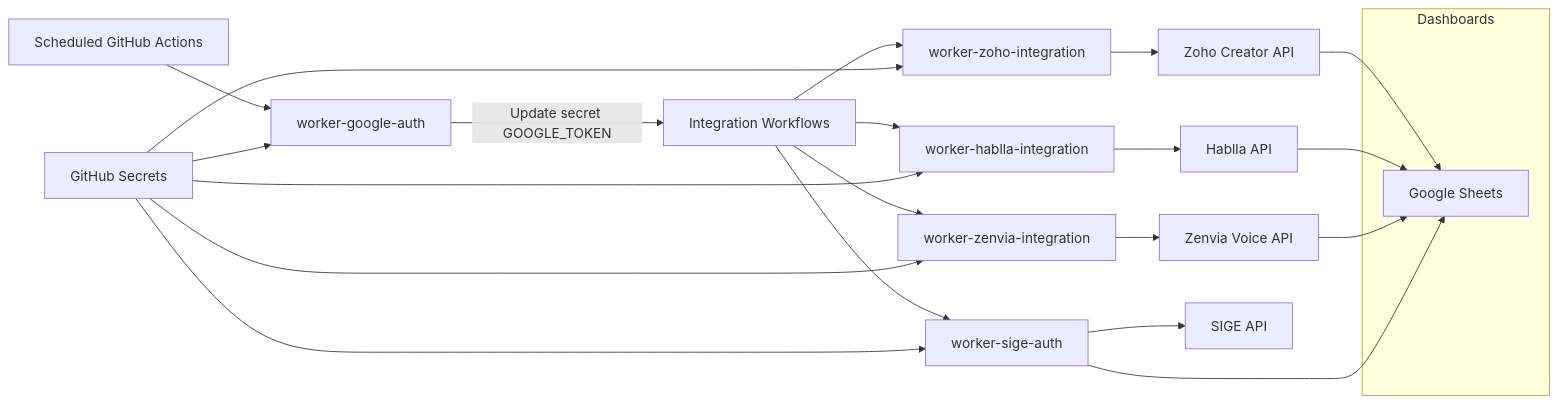
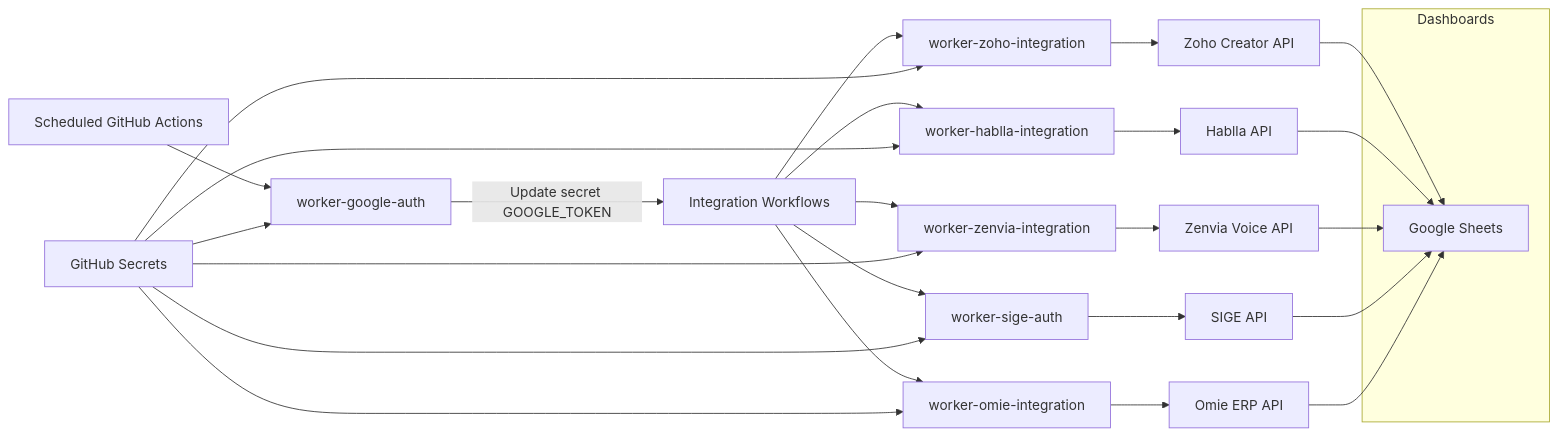
Before and after one commit to PkLavc/API-Hub: the first of 7 diagrams in README.md, drawn with Mermaid. The commit also changed other lines of this file, not shown here.

First line of the commit message:
Revise README for clarity and add Omie worker info

````diff
--- a/README.md
+++ b/README.md
@@ -34,25 +35,29 @@
 ```mermaid
 flowchart LR
     A[Scheduled GitHub Actions] --> B[worker-google-auth]
     B -->|Update secret GOOGLE_TOKEN| C[Integration Workflows]
     C --> D[worker-zoho-integration]
     C --> E[worker-hablla-integration]
     C --> F[worker-zenvia-integration]
     C --> G[worker-sige-auth]
-    D --> H[Zoho Creator API]
-    E --> I[Hablla API]
-    F --> J[Zenvia Voice API]
-    G --> K[SIGE API]
-    H --> L[Google Sheets]
-    I --> L
-    J --> L
-    G --> L
+    C --> H[worker-omie-integration]
+    D --> I[Zoho Creator API]
+    E --> J[Hablla API]
+    F --> K[Zenvia Voice API]
+    G --> L[SIGE API]
+    H --> M[Omie ERP API]
+    I --> N[Google Sheets]
+    J --> N
+    K --> N
+    L --> N
+    M --> N
     subgraph Dashboards
-      L
+      N
     end
     X[GitHub Secrets] --> B
     X --> D
     X --> E
     X --> F
     X --> G
+    X --> H
 ```
````
